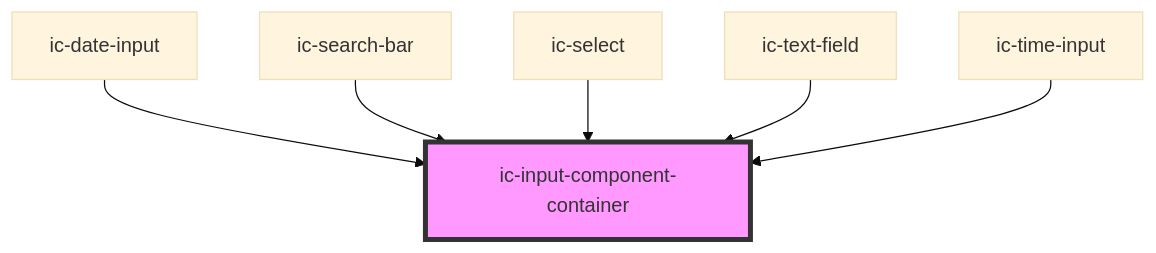
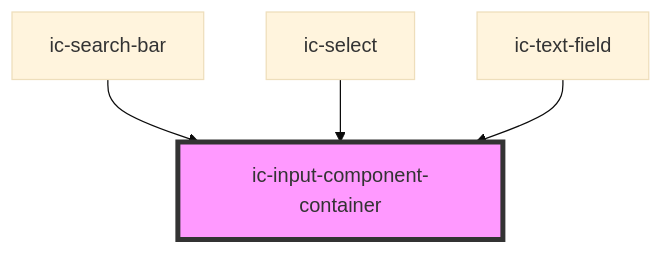
Before and after one commit to mi6/ic-ui-kit: the diagram in packages/web-components/src/components/ic-input-component-container/readme.md, drawn with Mermaid (base theme). The commit also changed other lines of this file and 134 other files, not shown here.

````diff
--- a/packages/web-components/src/components/ic-input-component-container/readme.md
+++ b/packages/web-components/src/components/ic-input-component-container/readme.md
@@ -59,9 +56,7 @@
 ```mermaid
 graph TD;
-  ic-date-input --> ic-input-component-container
   ic-search-bar --> ic-input-component-container
   ic-select --> ic-input-component-container
   ic-text-field --> ic-input-component-container
-  ic-time-input --> ic-input-component-container
   style ic-input-component-container fill:#f9f,stroke:#333,stroke-width:4px
 ```
````
